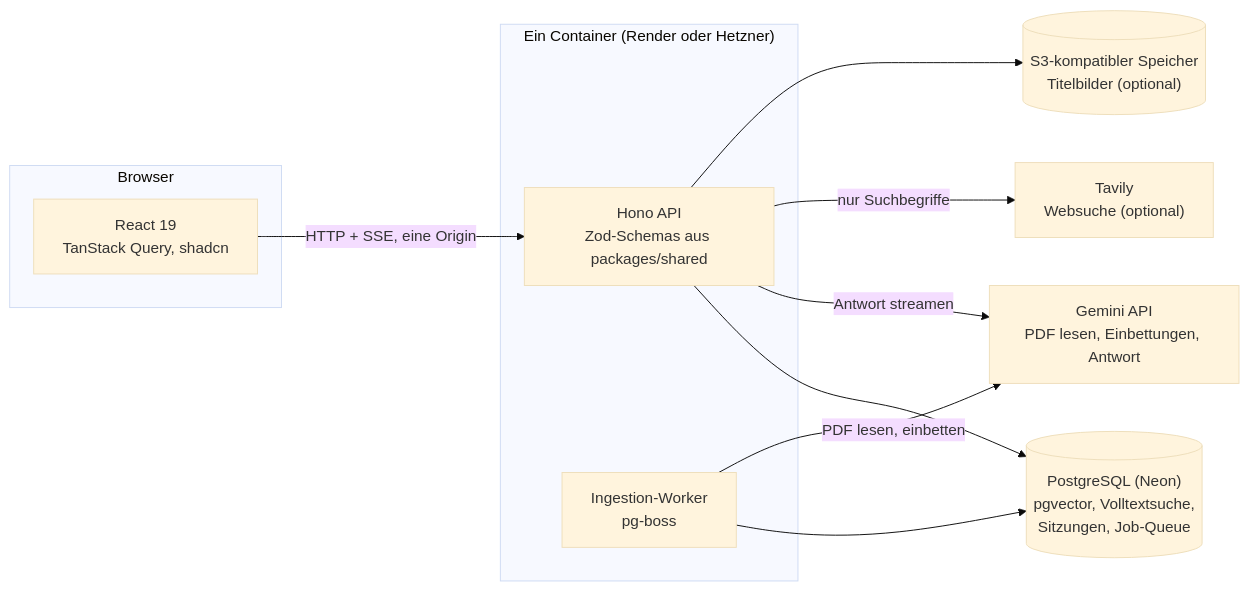
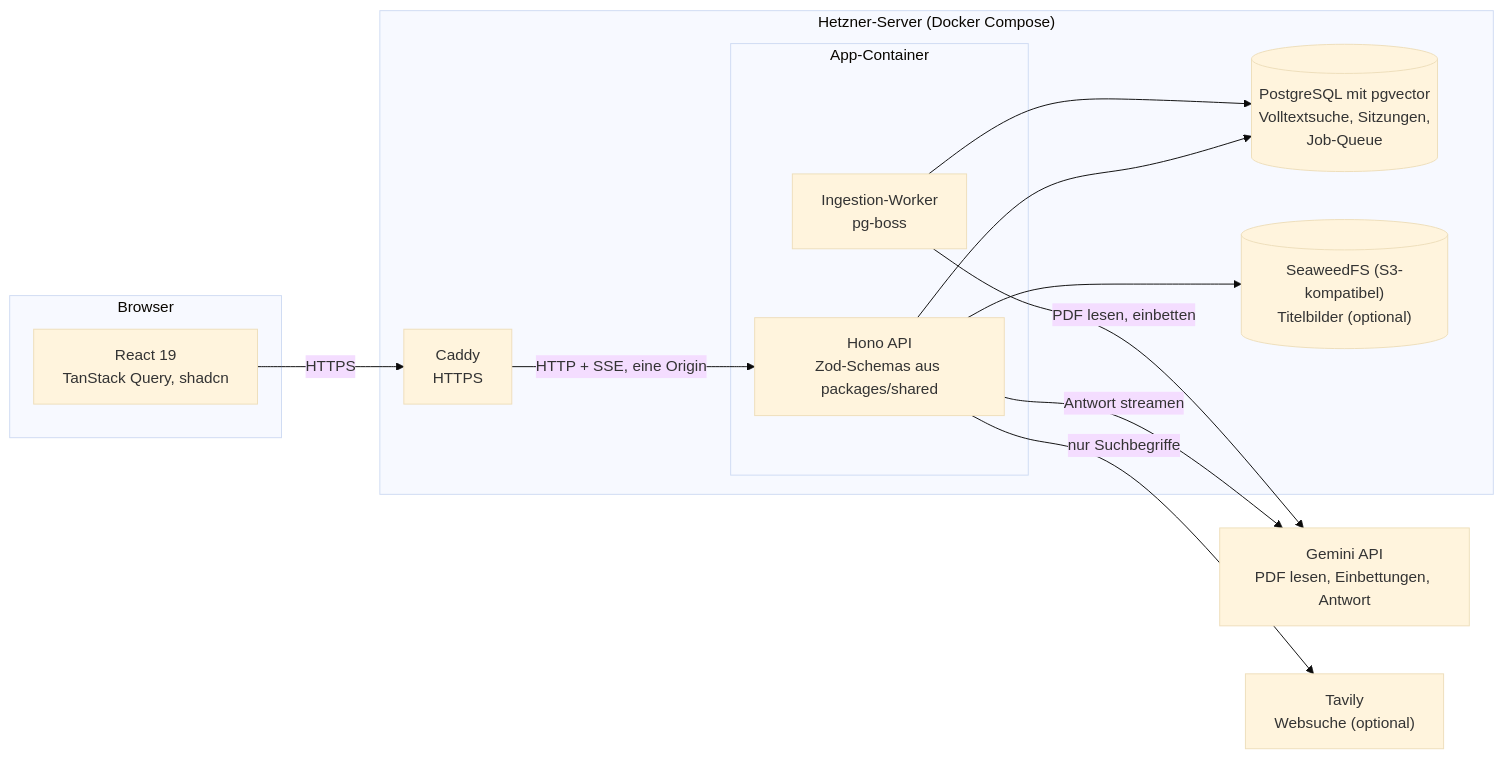
One commit to oguzbits/notebooklm-klon changed the first of 3 diagrams in README.md. Above: the diagram before and after it, drawn with Mermaid (base theme). The commit also changed other lines of this file and 2 other files, not shown here.

Commit message:
docs: show the Hetzner setup in the architecture and plan, Render and Neon as plan B

````diff
--- a/README.md
+++ b/README.md
@@ -34,22 +34,26 @@
 ```mermaid
 flowchart LR
   subgraph Browser
     Web["React 19<br/>TanStack Query, shadcn"]
   end
-  subgraph Container["Ein Container (Render oder Hetzner)"]
-    Api["Hono API<br/>Zod-Schemas aus packages/shared"]
-    Worker["Ingestion-Worker<br/>pg-boss"]
+  subgraph Server["Hetzner-Server (Docker Compose)"]
+    Caddy["Caddy<br/>HTTPS"]
+    subgraph Container["App-Container"]
+      Api["Hono API<br/>Zod-Schemas aus packages/shared"]
+      Worker["Ingestion-Worker<br/>pg-boss"]
+    end
+    DB[("PostgreSQL mit pgvector<br/>Volltextsuche, Sitzungen,<br/>Job-Queue")]
+    S3[("SeaweedFS (S3-kompatibel)<br/>Titelbilder (optional)")]
   end
-  DB[("PostgreSQL (Neon)<br/>pgvector, Volltextsuche,<br/>Sitzungen, Job-Queue")]
   Gemini["Gemini API<br/>PDF lesen, Einbettungen, Antwort"]
   Tavily["Tavily<br/>Websuche (optional)"]
-  S3[("S3-kompatibler Speicher<br/>Titelbilder (optional)")]
 
-  Web -- "HTTP + SSE, eine Origin" --> Api
+  Web -- "HTTPS" --> Caddy
+  Caddy -- "HTTP + SSE, eine Origin" --> Api
   Api --> DB
   Api -- "Antwort streamen" --> Gemini
   Api -- "nur Suchbegriffe" --> Tavily
   Api --> S3
   Worker --> DB
   Worker -- "PDF lesen, einbetten" --> Gemini
 ```
````
